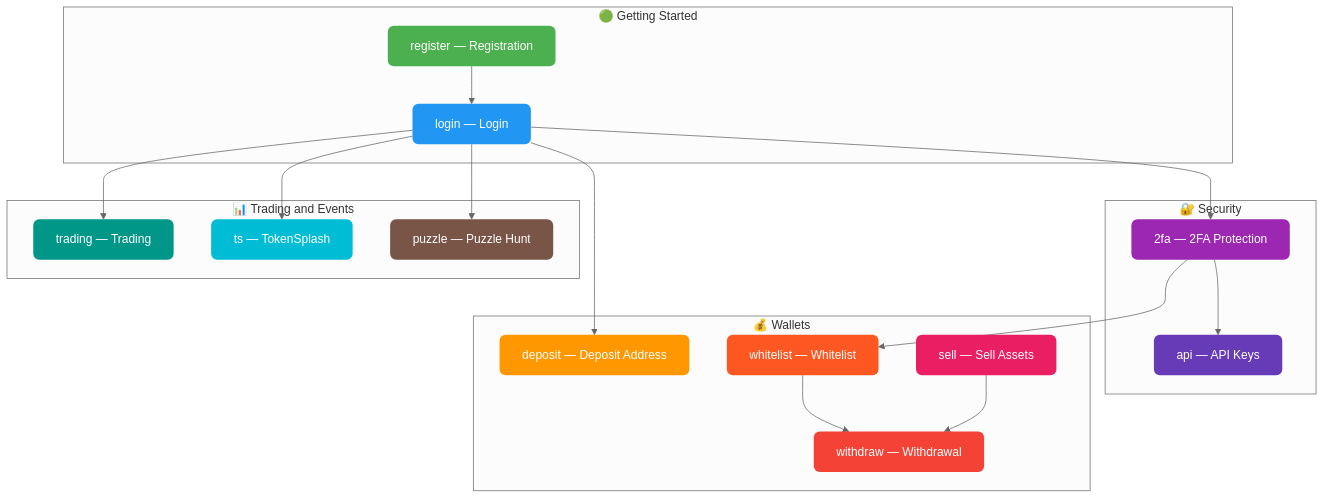
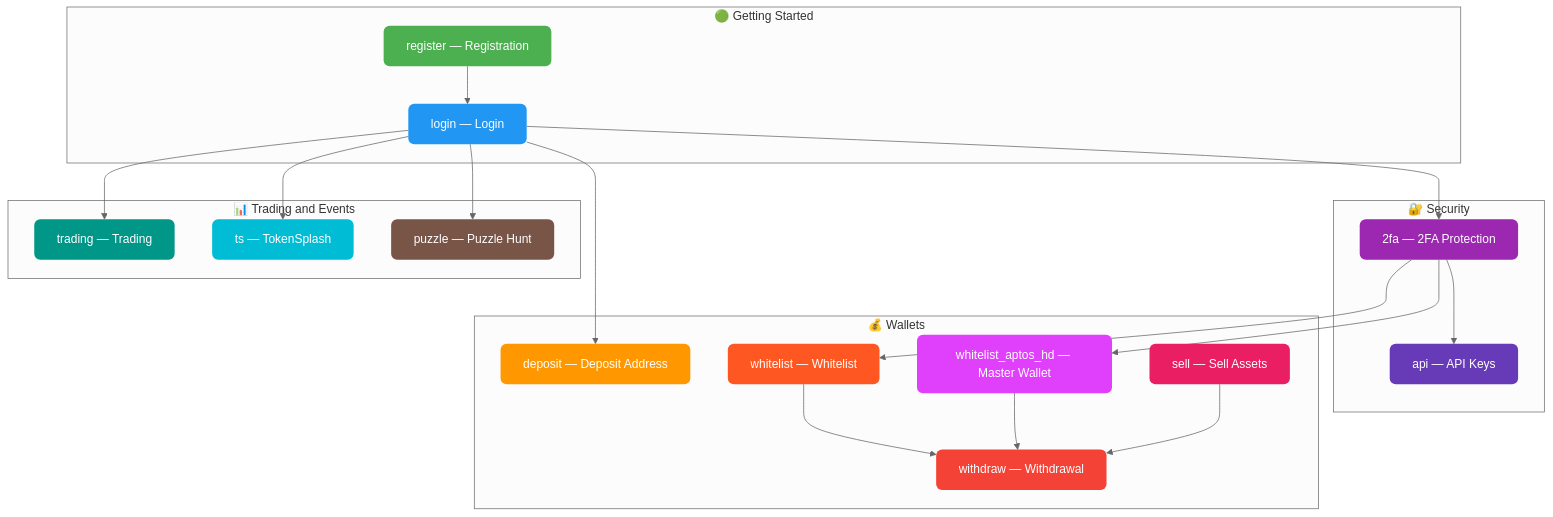
Diagram 11 of 11 in src/content/docs/en/bybit-autopilot.md (AutoPilotSoftware/docs), drawn with Mermaid (neutral theme) before and after one commit. The commit also changed other lines of this file and 3 other files, not shown here.

First line of the commit message:
Add Master Wallet System docs (EN + UA)

````diff
--- a/src/content/docs/en/bybit-autopilot.md
+++ b/src/content/docs/en/bybit-autopilot.md
@@ -390,48 +458,52 @@
 ```mermaid
 flowchart TD
     subgraph REG ["🟢 Getting Started"]
         R["register — Registration"]
         L["login — Login"]
     end
 
     subgraph SEC ["🔐 Security"]
         FA["2fa — 2FA Protection"]
         API["api — API Keys"]
     end
 
     subgraph WALLET ["💰 Wallets"]
         D["deposit — Deposit Address"]
         W["whitelist — Whitelist"]
+        HD["whitelist_aptos_hd — Master Wallet"]
         WD["withdraw — Withdrawal"]
         S["sell — Sell Assets"]
     end
 
     subgraph TRADE ["📊 Trading and Events"]
         T["trading — Trading"]
         TS["ts — TokenSplash"]
         PZ["puzzle — Puzzle Hunt"]
     end
 
     R --> L
     L --> FA
     FA --> W
+    FA --> HD
     FA --> API
     W --> WD
+    HD --> WD
     S --> WD
     L --> D
     L --> T
     L --> TS
     L --> PZ
 
     style R fill:#4CAF50,color:#fff,stroke:none,rx:8
     style L fill:#2196F3,color:#fff,stroke:none,rx:8
     style FA fill:#9C27B0,color:#fff,stroke:none,rx:8
     style API fill:#673AB7,color:#fff,stroke:none,rx:8
     style D fill:#FF9800,color:#fff,stroke:none,rx:8
     style W fill:#FF5722,color:#fff,stroke:none,rx:8
+    style HD fill:#E040FB,color:#fff,stroke:none,rx:8
     style WD fill:#f44336,color:#fff,stroke:none,rx:8
     style S fill:#E91E63,color:#fff,stroke:none,rx:8
     style T fill:#009688,color:#fff,stroke:none,rx:8
     style TS fill:#00BCD4,color:#fff,stroke:none,rx:8
     style PZ fill:#795548,color:#fff,stroke:none,rx:8
 ```
````
